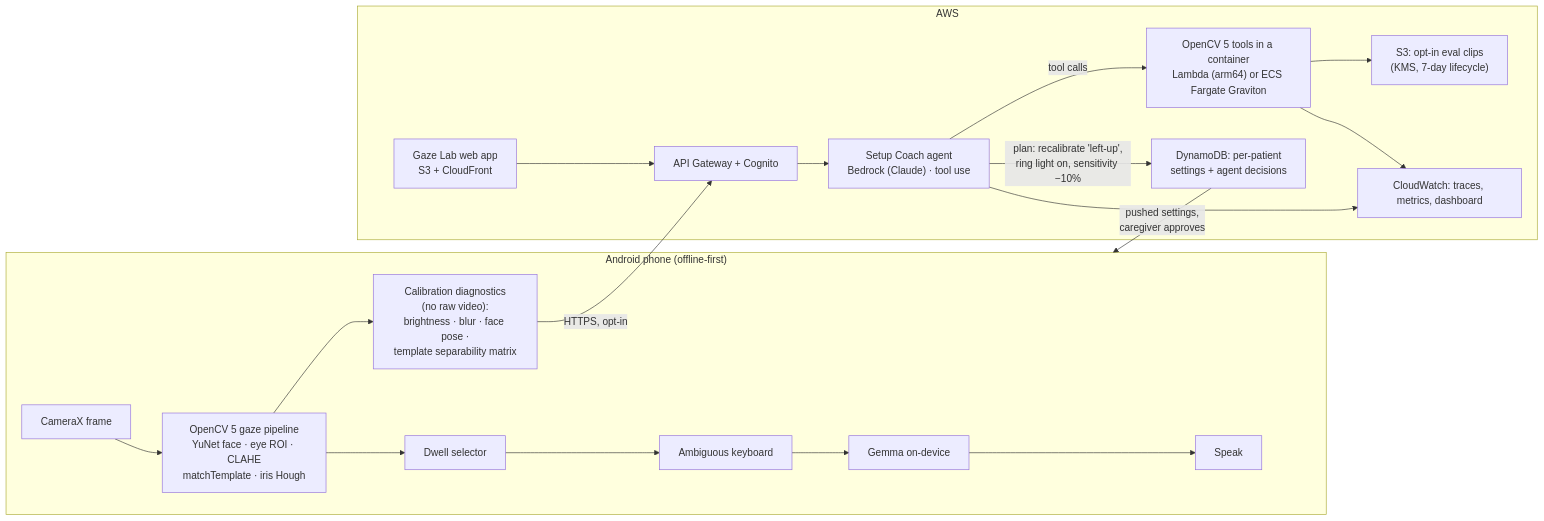
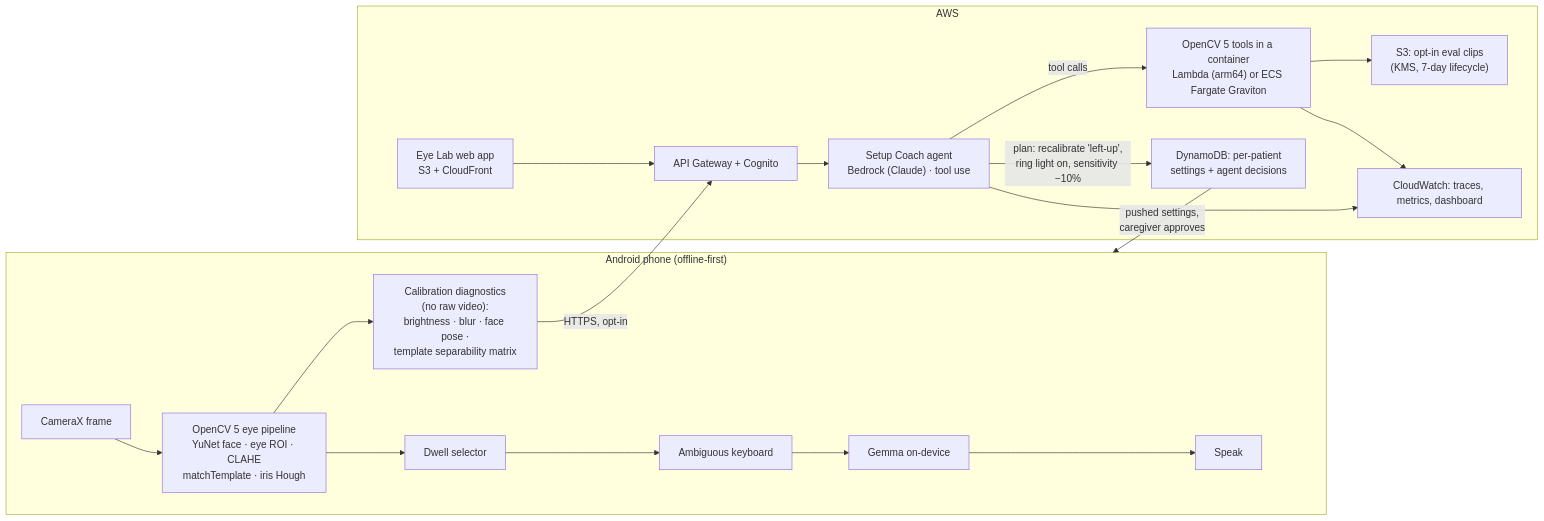
Before and after one commit to mridulbansal4/Vakyam_2: the diagram in docs/hackathon/opencv-aws-2026.md, drawn with Mermaid. The commit also changed other lines of this file and 70 other files, not shown here.

````diff
--- a/docs/hackathon/opencv-aws-2026.md
+++ b/docs/hackathon/opencv-aws-2026.md
@@ -69,27 +69,27 @@
 ```mermaid
 flowchart LR
     subgraph PHONE["Android phone (offline-first)"]
-        CAM["CameraX frame"] --> CV5["OpenCV 5 gaze pipeline<br/>YuNet face · eye ROI · CLAHE<br/>matchTemplate · iris Hough"]
+        CAM["CameraX frame"] --> CV5["OpenCV 5 eye pipeline<br/>YuNet face · eye ROI · CLAHE<br/>matchTemplate · iris Hough"]
         CV5 --> DW["Dwell selector"] --> KB["Ambiguous keyboard"] --> GEM["Gemma on-device"] --> TTS["Speak"]
         CV5 --> DIAG["Calibration diagnostics<br/>(no raw video):<br/>brightness · blur · face pose ·<br/>template separability matrix"]
     end
 
     subgraph AWS["AWS"]
         APIGW["API Gateway + Cognito"]
         AG["Setup Coach agent<br/>Bedrock (Claude) · tool use"]
         TOOLS["OpenCV 5 tools in a container<br/>Lambda (arm64) or ECS Fargate Graviton"]
         S3["S3: opt-in eval clips<br/>(KMS, 7-day lifecycle)"]
         DDB["DynamoDB: per-patient<br/>settings + agent decisions"]
         CW["CloudWatch: traces, metrics, dashboard"]
-        WEB["Gaze Lab web app<br/>S3 + CloudFront"]
+        WEB["Eye Lab web app<br/>S3 + CloudFront"]
     end
 
     DIAG -- "HTTPS, opt-in" --> APIGW --> AG
     AG -- "tool calls" --> TOOLS
     TOOLS --> S3
     AG -- "plan: recalibrate 'left-up',<br/>ring light on, sensitivity −10%" --> DDB
     DDB -- "pushed settings,<br/>caregiver approves" --> PHONE
     WEB --> APIGW
     AG --> CW
     TOOLS --> CW
 ```
````
